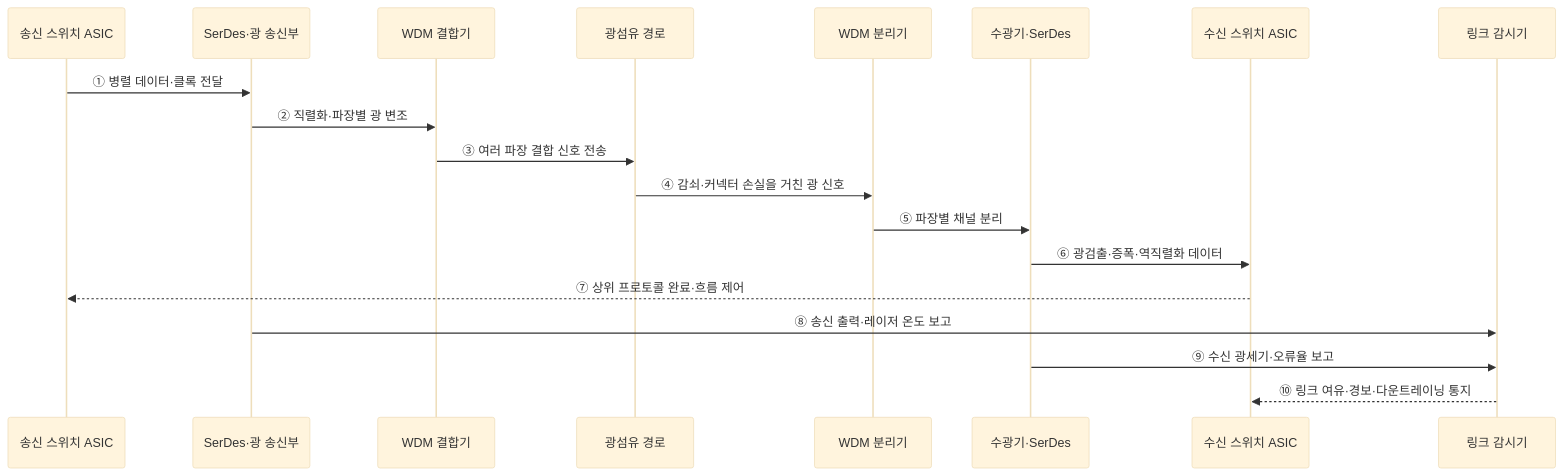
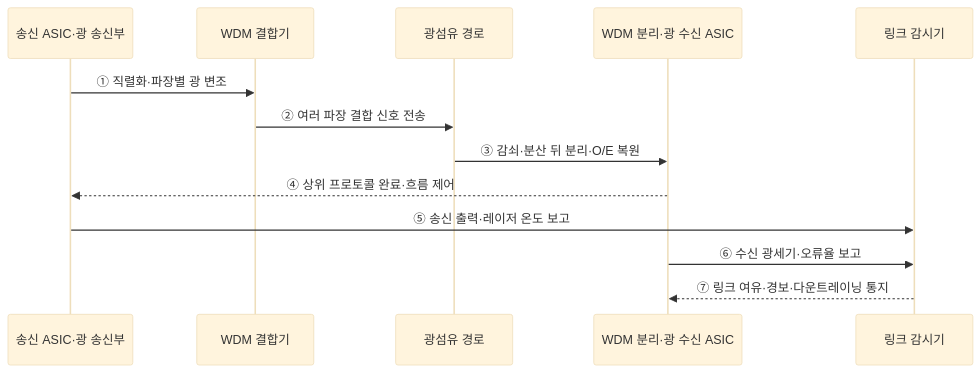
One commit to agnusdei1207/knowledge-base changed the second of 2 diagrams in src/content/docs/notes/02-hardware/089_optical_interconnect.md. Above: the diagram before and after it, drawn with Mermaid (base theme). The commit also changed other lines of this file and 14 other files, not shown here.

````diff
--- a/src/content/docs/notes/02-hardware/089_optical_interconnect.md
+++ b/src/content/docs/notes/02-hardware/089_optical_interconnect.md
@@ -101,22 +85,16 @@
 ```mermaid
 sequenceDiagram
-    participant S as 송신 스위치 ASIC
-    participant T as SerDes·광 송신부
+    participant S as 송신 ASIC·광 송신부
     participant W as WDM 결합기
     participant F as 광섬유 경로
-    participant X as WDM 분리기
-    participant R as 수광기·SerDes
-    participant D as 수신 스위치 ASIC
+    participant R as WDM 분리·광 수신 ASIC
     participant M as 링크 감시기
 
-    S->>T: ① 병렬 데이터·클록 전달
-    T->>W: ② 직렬화·파장별 광 변조
-    W->>F: ③ 여러 파장 결합 신호 전송
-    F->>X: ④ 감쇠·커넥터 손실을 거친 광 신호
-    X->>R: ⑤ 파장별 채널 분리
-    R->>D: ⑥ 광검출·증폭·역직렬화 데이터
-    D-->>S: ⑦ 상위 프로토콜 완료·흐름 제어
-    T->>M: ⑧ 송신 출력·레이저 온도 보고
-    R->>M: ⑨ 수신 광세기·오류율 보고
-    M-->>D: ⑩ 링크 여유·경보·다운트레이닝 통지
+    S->>W: ① 직렬화·파장별 광 변조
+    W->>F: ② 여러 파장 결합 신호 전송
+    F->>R: ③ 감쇠·분산 뒤 분리·O/E 복원
+    R-->>S: ④ 상위 프로토콜 완료·흐름 제어
+    S->>M: ⑤ 송신 출력·레이저 온도 보고
+    R->>M: ⑥ 수신 광세기·오류율 보고
+    M-->>R: ⑦ 링크 여유·경보·다운트레이닝 통지
 ```
````
